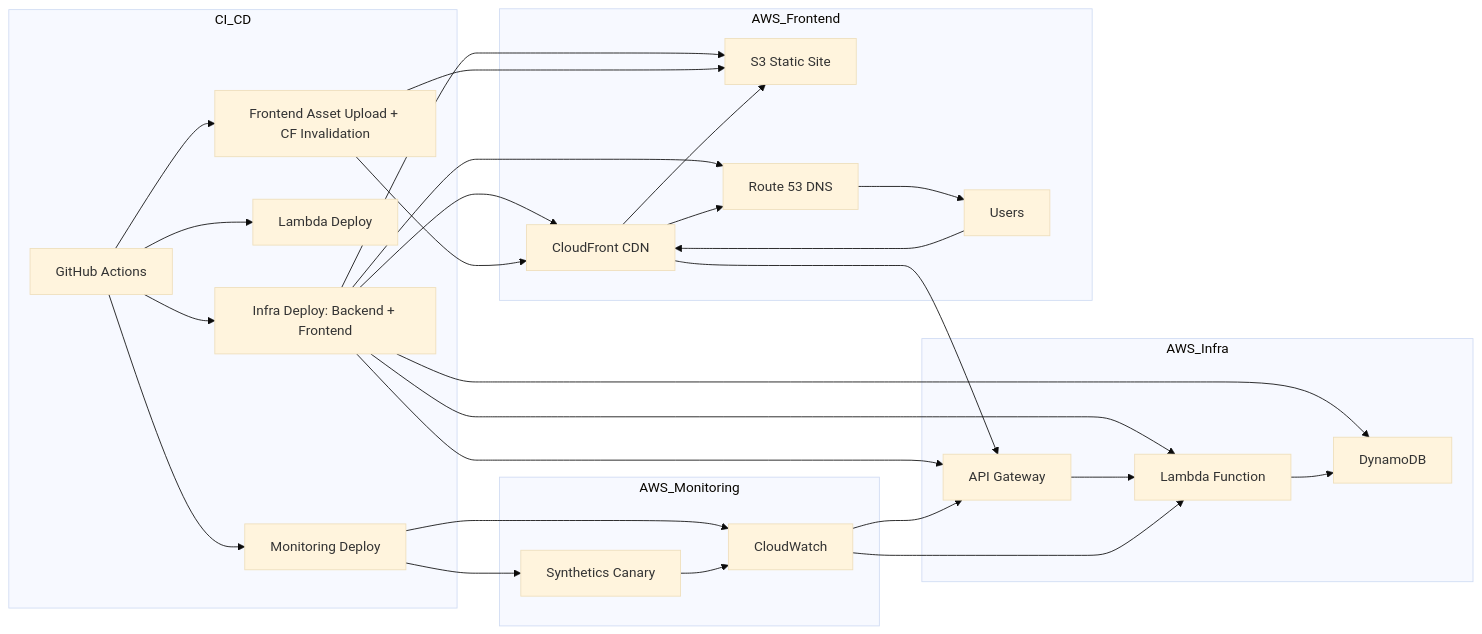
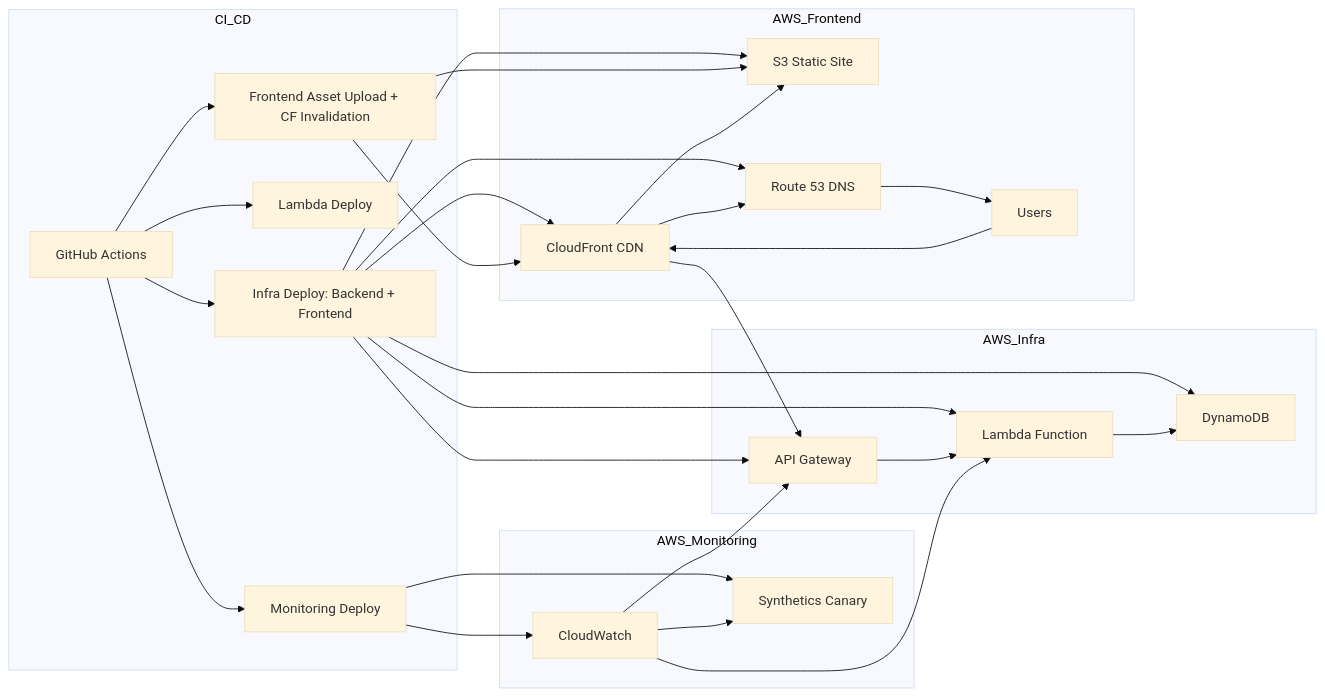
The sixth of 6 diagrams in README.md (hybridmulticloud/resume-api-frontend), drawn with Mermaid (base theme) before and after one commit.

````diff
--- a/README.md
+++ b/README.md
@@ -196,40 +196,40 @@
 ```mermaid
 flowchart LR
   GH[GitHub Actions]
 
   subgraph CI_CD
     GH --> TF["Infra Deploy: Backend + Frontend"]
     GH --> LD["Lambda Deploy"]
     GH --> FD["Frontend Asset Upload + CF Invalidation"]
     GH --> MD["Monitoring Deploy"]
   end
 
   subgraph AWS_Infra
     TF --> APIGW["API Gateway"]
     TF --> Lambda["Lambda Function"]
     TF --> DynamoDB["DynamoDB"]
     APIGW --> Lambda
     Lambda --> DynamoDB
   end
 
   subgraph AWS_Frontend
     TF --> S3["S3 Static Site"]
     TF --> CF["CloudFront CDN"]
     TF --> Route53["Route 53 DNS"]
     FD --> S3
     FD --> CF
     CF --> S3
     CF --> APIGW
     CF --> Route53
     Route53 --> User["Users"]
     User --> CF
   end
 
   subgraph AWS_Monitoring
     MD --> Canary["Synthetics Canary"]
     MD --> CW["CloudWatch"]
-    Canary --> CW
+    CW --> Canary
     CW --> APIGW
     CW --> Lambda
   end
 ```
````
